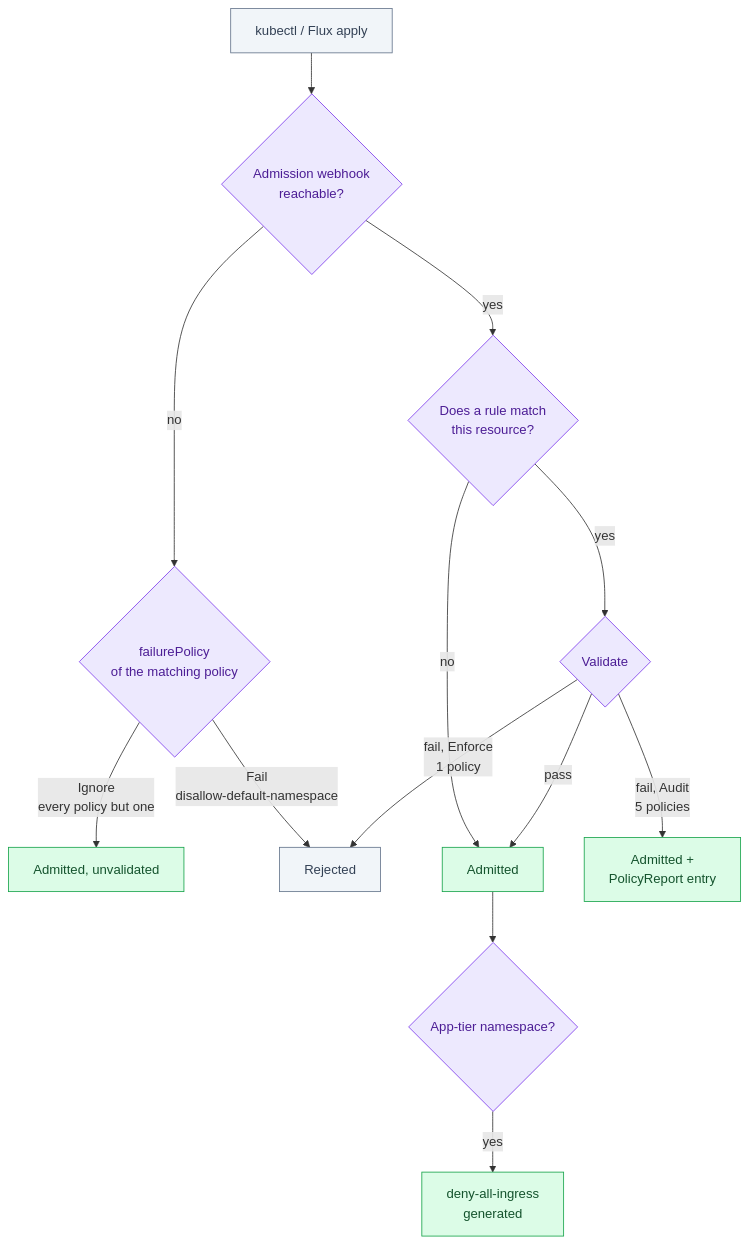
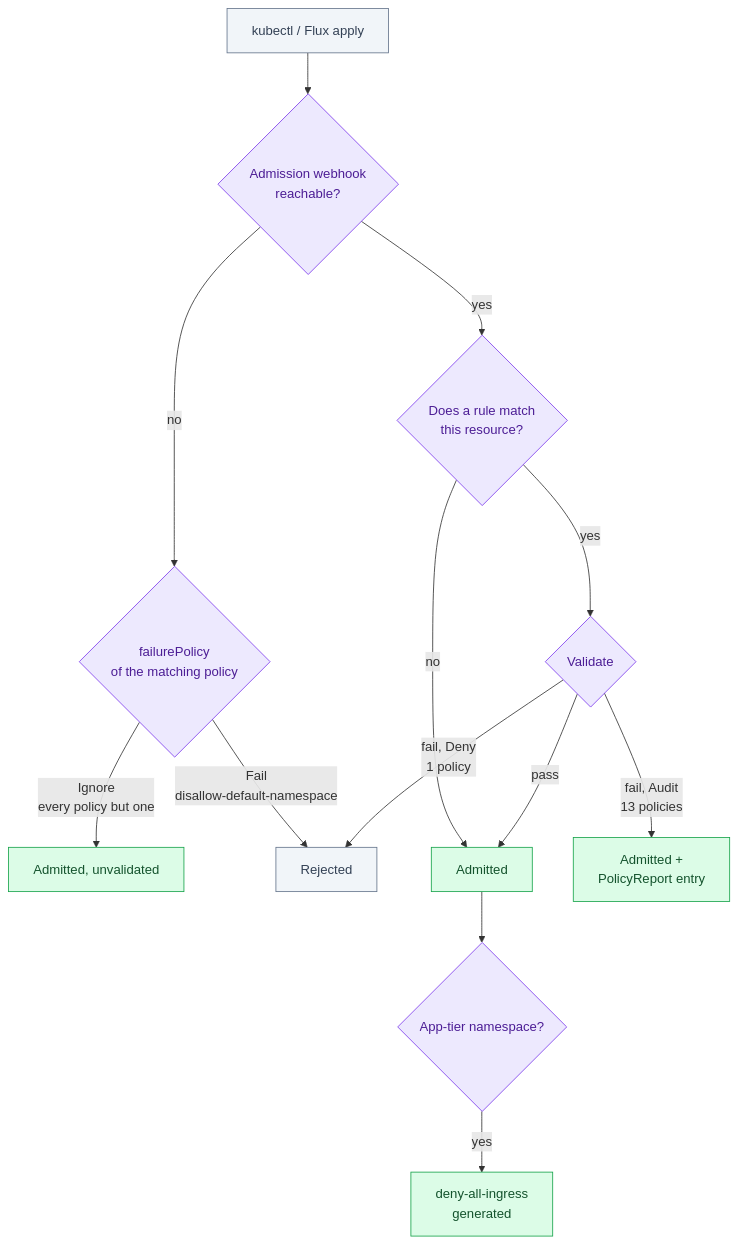
Before and after one commit to duynhlab/homelab: the second of 2 diagrams in docs/platform/kyverno.md, drawn with Mermaid. The commit also changed other lines of this file and 21 other files, not shown here.

````diff
--- a/docs/platform/kyverno.md
+++ b/docs/platform/kyverno.md
@@ -154,23 +154,23 @@
 ```mermaid
 flowchart TD
   apply["kubectl / Flux apply"] --> reachable{"Admission webhook<br/>reachable?"}
   reachable -->|"no"| fp{"failurePolicy<br/>of the matching policy"}
   fp -->|"Ignore<br/>every policy but one"| open["Admitted, unvalidated"]
   fp -->|"Fail<br/>disallow-default-namespace"| reject["Rejected"]
   reachable -->|"yes"| match{"Does a rule match<br/>this resource?"}
   match -->|"no"| admit["Admitted"]
   match -->|"yes"| verdict{"Validate"}
   verdict -->|"pass"| admit
-  verdict -->|"fail, Audit<br/>5 policies"| audited["Admitted +<br/>PolicyReport entry"]
-  verdict -->|"fail, Enforce<br/>1 policy"| reject
+  verdict -->|"fail, Audit<br/>13 policies"| audited["Admitted +<br/>PolicyReport entry"]
+  verdict -->|"fail, Deny<br/>1 policy"| reject
   admit --> gen{"App-tier namespace?"}
   gen -->|"yes"| np["deny-all-ingress<br/>generated"]
 
   classDef platform fill:#ede9fe,color:#4c1d95,stroke:#7c3aed;
   classDef data fill:#dcfce7,color:#14532d,stroke:#16a34a;
   classDef external fill:#f1f5f9,color:#334155,stroke:#64748b;
   class apply external
   class reachable,fp,match,verdict,gen platform
   class admit,open,audited,np data
   class reject external
 ```
````
